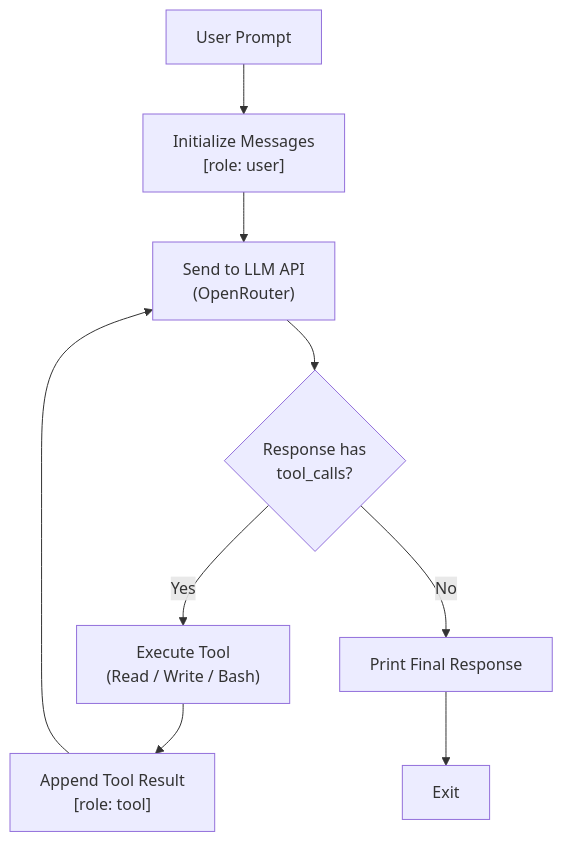
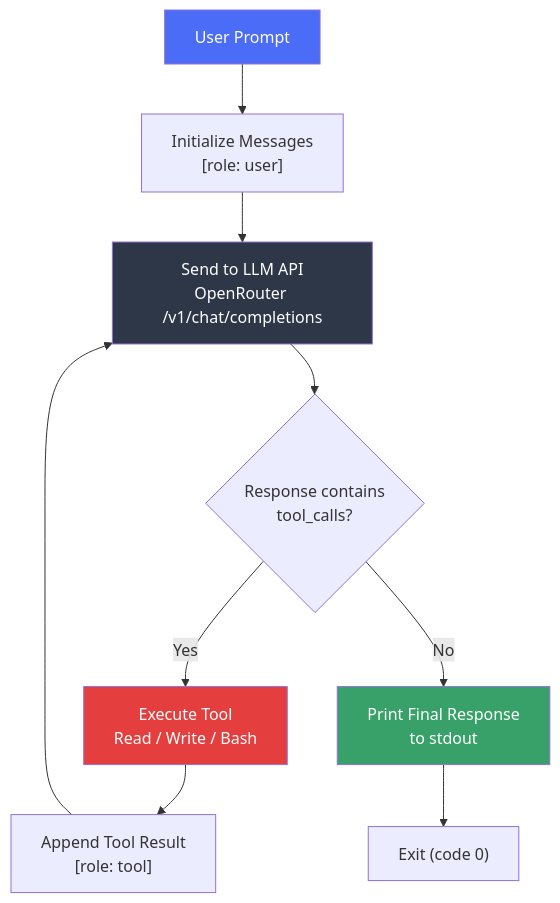
Before and after one commit to Hackb07/claude-code-rust: the first of 3 diagrams in README.md, drawn with Mermaid. The commit also changed other lines of this file, not shown here.

````diff
--- a/README.md
+++ b/README.md
@@ -22,11 +53,16 @@
 ```mermaid
 flowchart TD
-    A["User Prompt"] --> B["Initialize Messages<br>[role: user]"]
-    B --> C["Send to LLM API<br>(OpenRouter)"]
-    C --> D{"Response has<br>tool_calls?"}
-    D -- Yes --> E["Execute Tool<br>(Read / Write / Bash)"]
-    E --> F["Append Tool Result<br>[role: tool]"]
-    F --> C
-    D -- No --> G["Print Final Response"]
-    G --> H["Exit"]
+    U["User Prompt"] --> M["Initialize Messages<br>[role: user]"]
+    M --> API["Send to LLM API<br>OpenRouter /v1/chat/completions"]
+    API --> D{"Response contains<br>tool_calls?"}
+    D -->|Yes| EX["Execute Tool<br>Read / Write / Bash"]
+    EX --> MR["Append Tool Result<br>[role: tool]"]
+    MR --> API
+    D -->|No| P["Print Final Response<br>to stdout"]
+    P --> E["Exit (code 0)"]
+
+    style U fill:#4a6cf7,color:#fff
+    style API fill:#2d3748,color:#fff
+    style EX fill:#e53e3e,color:#fff
+    style P fill:#38a169,color:#fff
 ```
````
